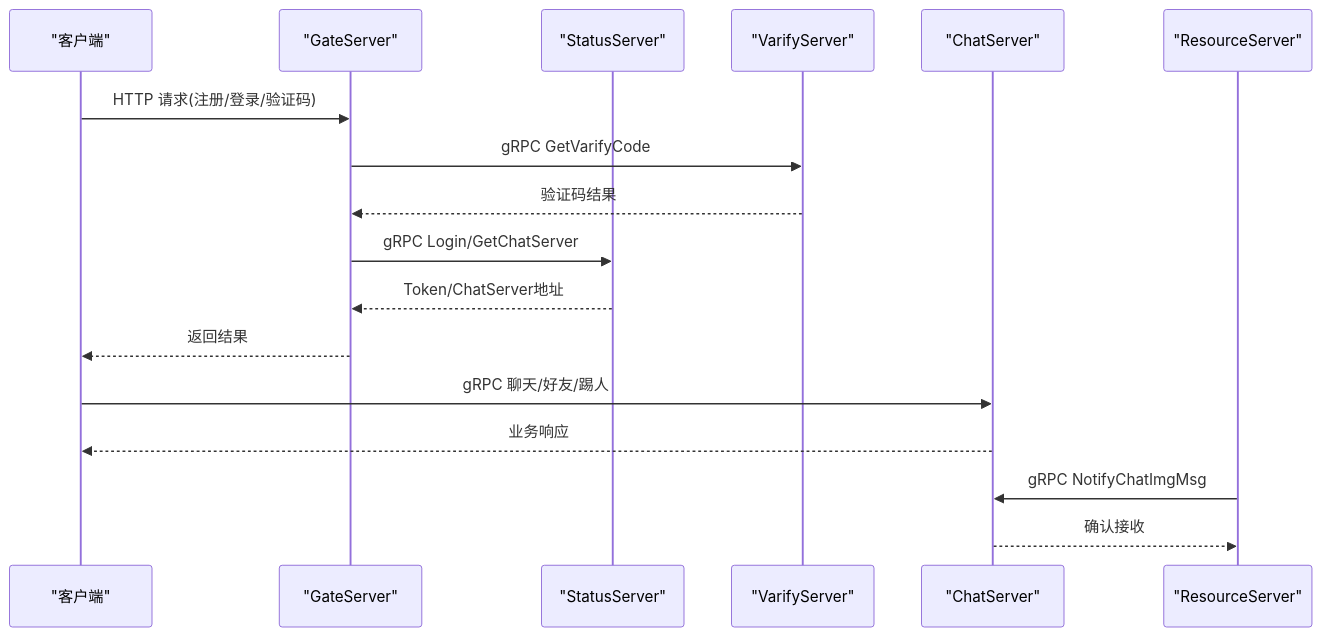
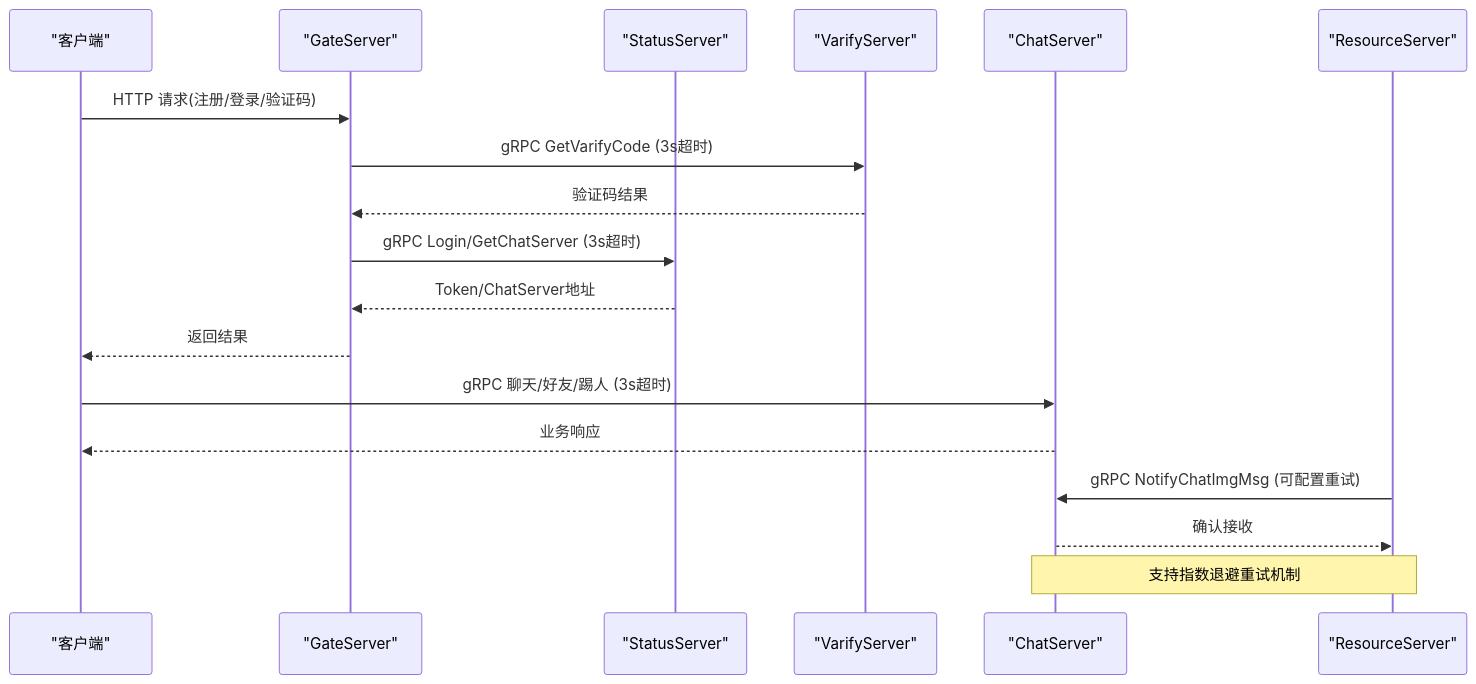
The second of 8 diagrams in .qoder/repowiki/zh/content/架构设计/微服务架构设计/服务间通信机制.md (echo9923/mychatter), drawn with Mermaid before and after one commit. The commit also changed other lines of this file and 54 other files, not shown here.

````diff
--- a/.qoder/repowiki/zh/content/架构设计/微服务架构设计/服务间通信机制.md
+++ b/.qoder/repowiki/zh/content/架构设计/微服务架构设计/服务间通信机制.md
@@ -121,19 +145,20 @@
 ```mermaid
 sequenceDiagram
 participant Client as "客户端"
 participant Gate as "GateServer"
 participant Status as "StatusServer"
 participant Verify as "VarifyServer"
 participant Chat as "ChatServer"
 participant Res as "ResourceServer"
 Client->>Gate : HTTP 请求(注册/登录/验证码)
-Gate->>Verify : gRPC GetVarifyCode
+Gate->>Verify : gRPC GetVarifyCode (3s超时)
 Verify-->>Gate : 验证码结果
-Gate->>Status : gRPC Login/GetChatServer
+Gate->>Status : gRPC Login/GetChatServer (3s超时)
 Status-->>Gate : Token/ChatServer地址
 Gate-->>Client : 返回结果
-Client->>Chat : gRPC 聊天/好友/踢人
+Client->>Chat : gRPC 聊天/好友/踢人 (3s超时)
 Chat-->>Client : 业务响应
-Res->>Chat : gRPC NotifyChatImgMsg
+Res->>Chat : gRPC NotifyChatImgMsg (可配置重试)
 Chat-->>Res : 确认接收
+Note over Chat,Res : 支持指数退避重试机制
 ```
````
